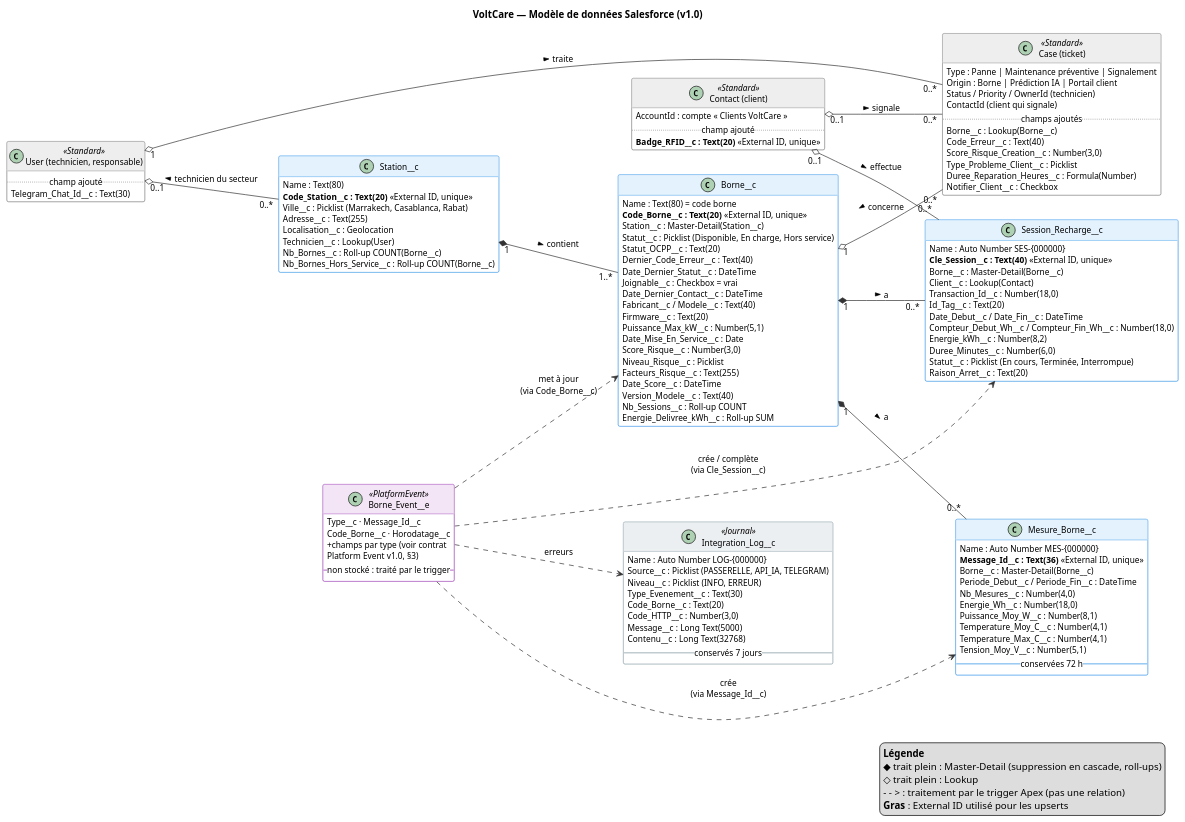
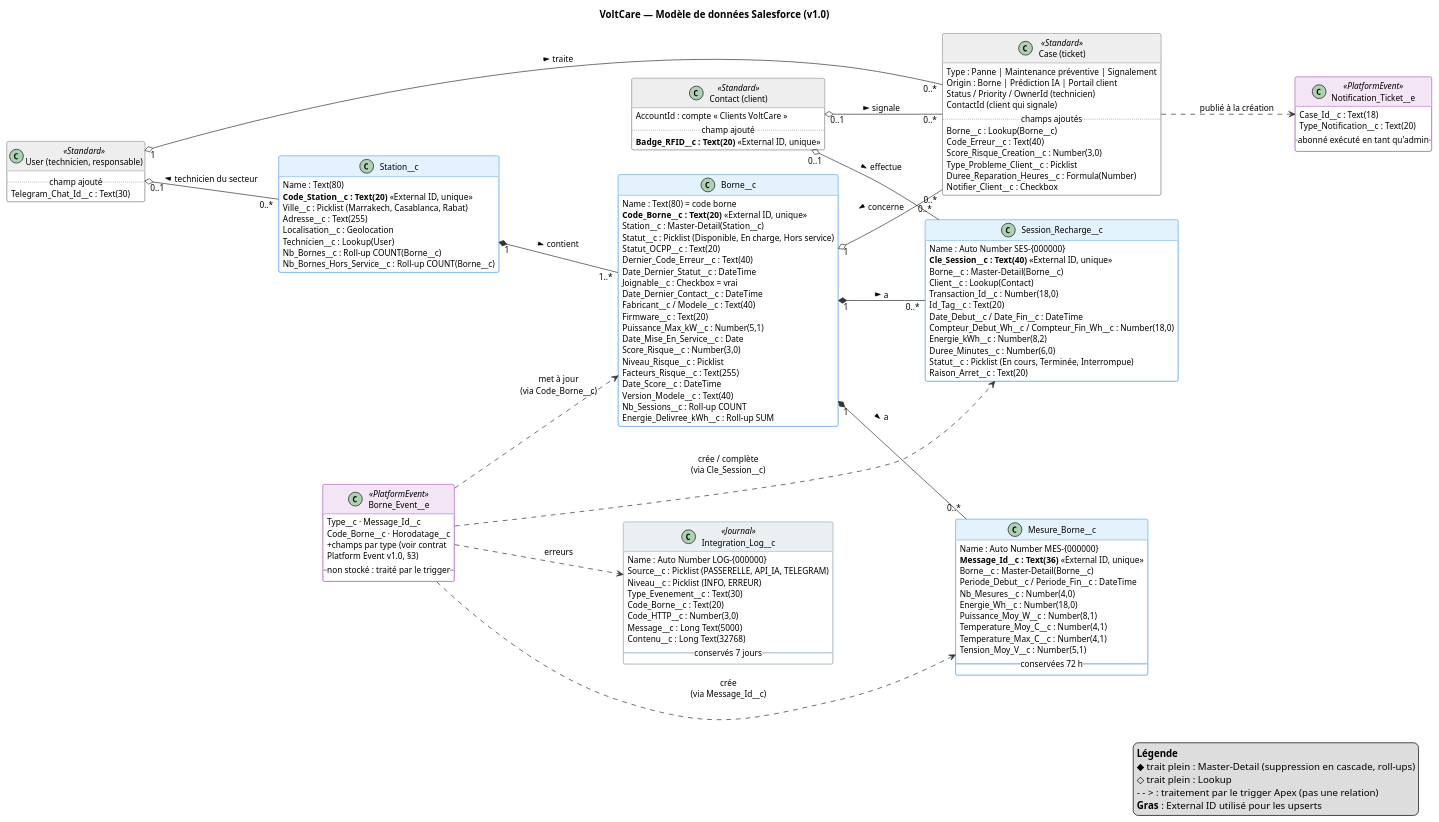
Before and after one commit to Bahaeeddine15/voltcare: the diagram in docs/conception/modele-donnees.puml, drawn with PlantUML. The commit also changed 7 other files, not shown here.

```diff
--- a/docs/conception/modele-donnees.puml
+++ b/docs/conception/modele-donnees.puml
@@ -1,160 +1,167 @@
 @startuml modele-donnees
 ' VoltCare — Modèle de données Salesforce v1.0 (ticket S2 « Modèle de données »)
 ' Conforme aux contrats MQTT, Platform Event et API IA v1.0
 
 skinparam classAttributeIconSize 0
 skinparam shadowing false
 skinparam defaultFontName Arial
 skinparam defaultFontSize 12
 skinparam ArrowColor #333333
 skinparam class {
   BorderColor #1E88E5
   BackgroundColor #FFFFFF
   HeaderBackgroundColor #E3F2FD
 }
 skinparam class<<Standard>> {
   BorderColor #6D6D6D
   HeaderBackgroundColor #EEEEEE
 }
 skinparam class<<PlatformEvent>> {
   BorderColor #8E24AA
   HeaderBackgroundColor #F3E5F5
 }
 skinparam class<<Journal>> {
   BorderColor #78909C
   HeaderBackgroundColor #ECEFF1
 }
 hide empty methods
 left to right direction
 
 title VoltCare — Modèle de données Salesforce (v1.0)
 
 class "Station__c" as Station {
   {field} Name : Text(80)
   {field} <b>Code_Station__c : Text(20)</b> «External ID, unique»
   {field} Ville__c : Picklist (Marrakech, Casablanca, Rabat)
   {field} Adresse__c : Text(255)
   {field} Localisation__c : Geolocation
   {field} Technicien__c : Lookup(User)
   {field} Nb_Bornes__c : Roll-up COUNT(Borne__c)
   {field} Nb_Bornes_Hors_Service__c : Roll-up COUNT(Borne__c)
 }
 
 class "Borne__c" as Borne {
   {field} Name : Text(80) = code borne
   {field} <b>Code_Borne__c : Text(20)</b> «External ID, unique»
   {field} Station__c : Master-Detail(Station__c)
   {field} Statut__c : Picklist (Disponible, En charge, Hors service)
   {field} Statut_OCPP__c : Text(20)
   {field} Dernier_Code_Erreur__c : Text(40)
   {field} Date_Dernier_Statut__c : DateTime
   {field} Joignable__c : Checkbox = vrai
   {field} Date_Dernier_Contact__c : DateTime
   {field} Fabricant__c / Modele__c : Text(40)
   {field} Firmware__c : Text(20)
   {field} Puissance_Max_kW__c : Number(5,1)
   {field} Date_Mise_En_Service__c : Date
   {field} Score_Risque__c : Number(3,0)
   {field} Niveau_Risque__c : Picklist
   {field} Facteurs_Risque__c : Text(255)
   {field} Date_Score__c : DateTime
   {field} Version_Modele__c : Text(40)
   {field} Nb_Sessions__c : Roll-up COUNT
   {field} Energie_Delivree_kWh__c : Roll-up SUM
 }
 
 class "Session_Recharge__c" as Session {
   {field} Name : Auto Number SES-{000000}
   {field} <b>Cle_Session__c : Text(40)</b> «External ID, unique»
   {field} Borne__c : Master-Detail(Borne__c)
   {field} Client__c : Lookup(Contact)
   {field} Transaction_Id__c : Number(18,0)
   {field} Id_Tag__c : Text(20)
   {field} Date_Debut__c / Date_Fin__c : DateTime
   {field} Compteur_Debut_Wh__c / Compteur_Fin_Wh__c : Number(18,0)
   {field} Energie_kWh__c : Number(8,2)
   {field} Duree_Minutes__c : Number(6,0)
   {field} Statut__c : Picklist (En cours, Terminée, Interrompue)
   {field} Raison_Arret__c : Text(20)
 }
 
 class "Mesure_Borne__c" as Mesure {
   {field} Name : Auto Number MES-{000000}
   {field} <b>Message_Id__c : Text(36)</b> «External ID, unique»
   {field} Borne__c : Master-Detail(Borne__c)
   {field} Periode_Debut__c / Periode_Fin__c : DateTime
   {field} Nb_Mesures__c : Number(4,0)
   {field} Energie_Wh__c : Number(18,0)
   {field} Puissance_Moy_W__c : Number(8,1)
   {field} Temperature_Moy_C__c : Number(4,1)
   {field} Temperature_Max_C__c : Number(4,1)
   {field} Tension_Moy_V__c : Number(5,1)
   -- conservées 72 h --
 }
 
 class "Case (ticket)" as Case <<Standard>> {
   {field} Type : Panne | Maintenance préventive | Signalement
   {field} Origin : Borne | Prédiction IA | Portail client
   {field} Status / Priority / OwnerId (technicien)
   {field} ContactId (client qui signale)
   ..champs ajoutés..
   {field} Borne__c : Lookup(Borne__c)
   {field} Code_Erreur__c : Text(40)
   {field} Score_Risque_Creation__c : Number(3,0)
   {field} Type_Probleme_Client__c : Picklist
   {field} Duree_Reparation_Heures__c : Formula(Number)
   {field} Notifier_Client__c : Checkbox
 }
 
 class "Contact (client)" as Contact <<Standard>> {
   {field} AccountId : compte « Clients VoltCare »
   ..champ ajouté..
   {field} <b>Badge_RFID__c : Text(20)</b> «External ID, unique»
 }
 
 class "User (technicien, responsable)" as User <<Standard>> {
   ..champ ajouté..
   {field} Telegram_Chat_Id__c : Text(30)
 }
 
 class "Integration_Log__c" as Log <<Journal>> {
   {field} Name : Auto Number LOG-{000000}
   {field} Source__c : Picklist (PASSERELLE, API_IA, TELEGRAM)
   {field} Niveau__c : Picklist (INFO, ERREUR)
   {field} Type_Evenement__c : Text(30)
   {field} Code_Borne__c : Text(20)
   {field} Code_HTTP__c : Number(3,0)
   {field} Message__c : Long Text(5000)
   {field} Contenu__c : Long Text(32768)
   -- conservés 7 jours --
 }
 
 class "Borne_Event__e" as Event <<PlatformEvent>> {
   {field} Type__c · Message_Id__c
   {field} Code_Borne__c · Horodatage__c
   {field} + champs par type (voir contrat
   {field} Platform Event v1.0, §3)
   -- non stocké : traité par le trigger --
 }
 
+class "Notification_Ticket__e" as Notif <<PlatformEvent>> {
+  {field} Case_Id__c : Text(18)
+  {field} Type_Notification__c : Text(20)
+  -- abonné exécuté en tant qu'admin --
+}
+
 Station "1" *-- "1..*" Borne : contient >
 Borne "1" *-- "0..*" Session : a >
 Borne "1" *-- "0..*" Mesure : a >
 Borne "1" o-- "0..*" Case : concerne <
 Contact "0..1" o-- "0..*" Session : effectue >
 Contact "0..1" o-- "0..*" Case : signale >
 User "0..1" o-- "0..*" Station : technicien du secteur <
 User "1" o-- "0..*" Case : traite >
 Event ..> Borne : met à jour\n(via Code_Borne__c)
 Event ..> Session : crée / complète\n(via Cle_Session__c)
 Event ..> Mesure : crée\n(via Message_Id__c)
 Event ..> Log : erreurs
+Case ..> Notif : publié à la création
 
 legend right
   <b>Légende</b>
   ◆ trait plein : Master-Detail (suppression en cascade, roll-ups)
   ◇ trait plein : Lookup
   - - > : traitement par le trigger Apex (pas une relation)
   <b>Gras</b> : External ID utilisé pour les upserts
 endlegend
 @enduml
```
